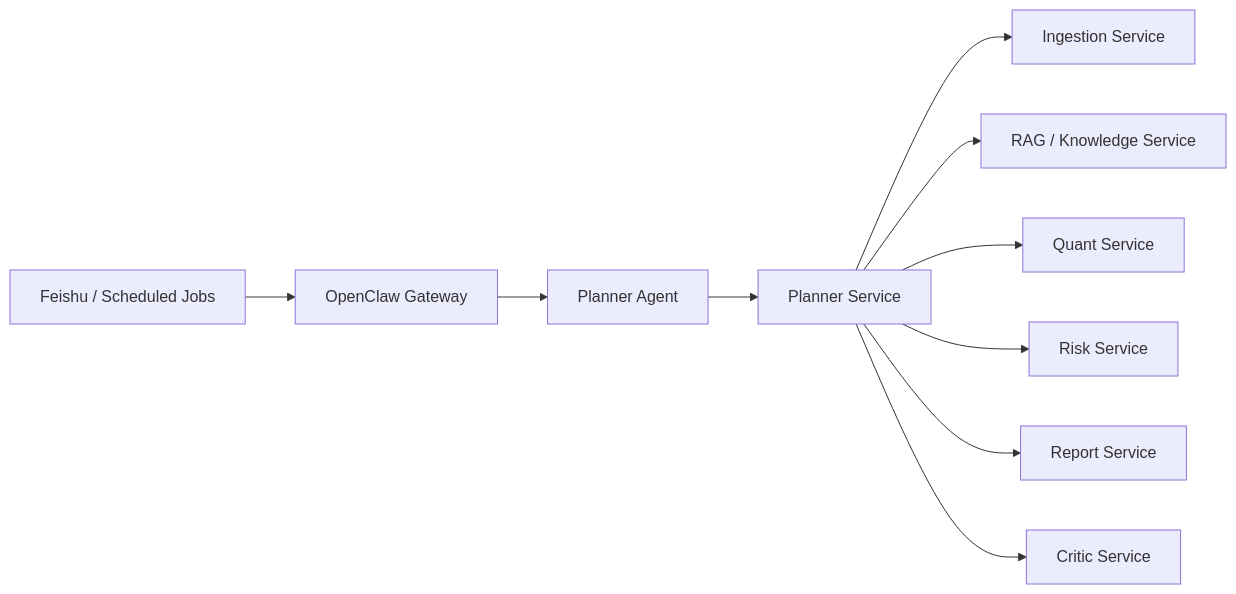
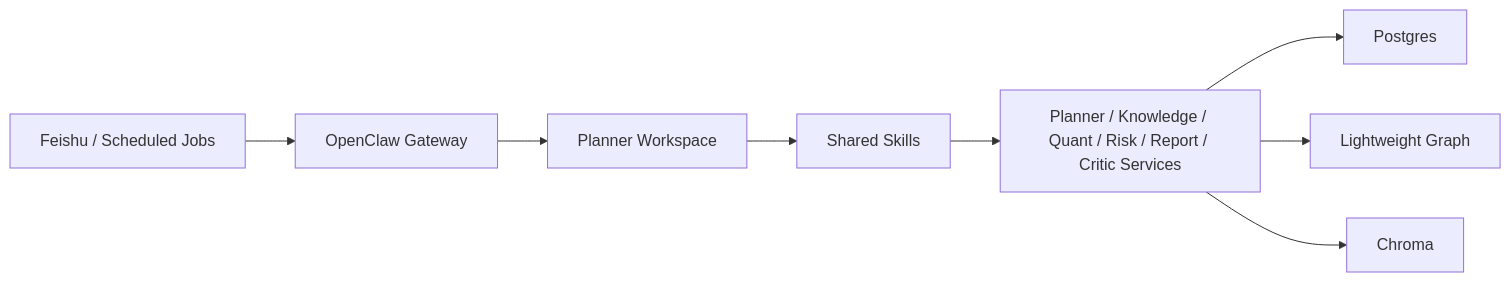
One commit to yuchangyuan1/openclaw-quant-agent changed the diagram in README.md. Above: the diagram before and after it, drawn with Mermaid. The commit also changed other lines of this file and 13 other files, not shown here.

Commit message:
Update architecture and project documentation

````diff
--- a/README.md
+++ b/README.md
@@ -36,12 +36,10 @@
 ```mermaid
 flowchart LR
     A["Feishu / Scheduled Jobs"] --> B["OpenClaw Gateway"]
-    B --> C["Planner Agent"]
-    C --> D["Planner Service"]
-    D --> E["Ingestion Service"]
-    D --> F["RAG / Knowledge Service"]
-    D --> G["Quant Service"]
-    D --> H["Risk Service"]
-    D --> I["Report Service"]
-    D --> J["Critic Service"]
+    B --> C["Planner Workspace"]
+    C --> D["Shared Skills"]
+    D --> E["Planner / Knowledge / Quant / Risk / Report / Critic Services"]
+    E --> F["Postgres"]
+    E --> G["Lightweight Graph"]
+    E --> H["Chroma"]
 ```
````
